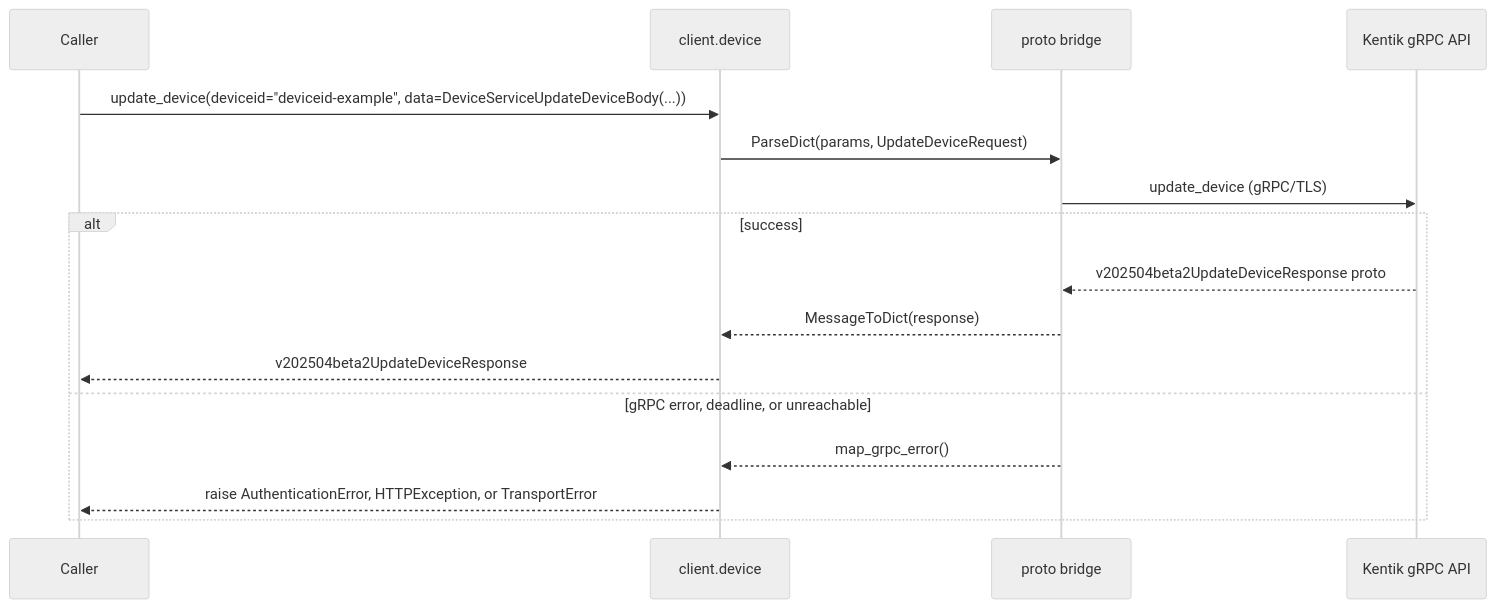
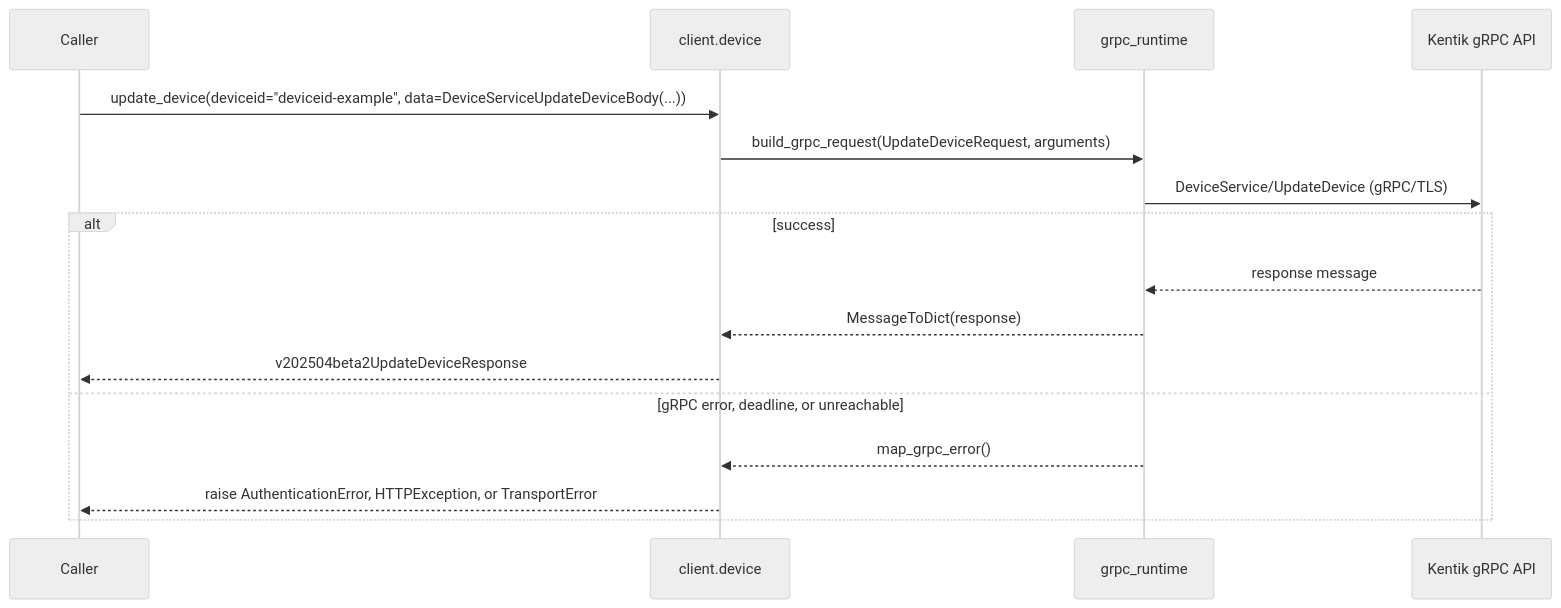
Diagram 17 of 22 in docs/sphinx/services/device.md (alexdearaujo/community_sdk_python), drawn with Mermaid (neutral theme) before and after one commit. The commit also changed other lines of this file and 37 other files, not shown here.

First line of the commit message:
docs: show the real RPC in each service page's gRPC diagram

````diff
--- a/docs/sphinx/services/device.md
+++ b/docs/sphinx/services/device.md
@@ -592,19 +592,19 @@
 ```mermaid
 sequenceDiagram
     participant C as Caller
     participant W as client.device
-    participant B as proto bridge
+    participant R as grpc_runtime
     participant API as Kentik gRPC API
 
     C->>W: update_device(deviceid="deviceid-example", data=DeviceServiceUpdateDeviceBody(...))
-    W->>B: ParseDict(params, UpdateDeviceRequest)
-    B->>API: update_device (gRPC/TLS)
+    W->>R: build_grpc_request(UpdateDeviceRequest, arguments)
+    R->>API: DeviceService/UpdateDevice (gRPC/TLS)
     alt success
-        API-->>B: v202504beta2UpdateDeviceResponse proto
-        B-->>W: MessageToDict(response)
+        API-->>R: response message
+        R-->>W: MessageToDict(response)
         W-->>C: v202504beta2UpdateDeviceResponse
     else gRPC error, deadline, or unreachable
-        B-->>W: map_grpc_error()
+        R-->>W: map_grpc_error()
         W-->>C: raise AuthenticationError, HTTPException, or TransportError
     end
 ```
````
